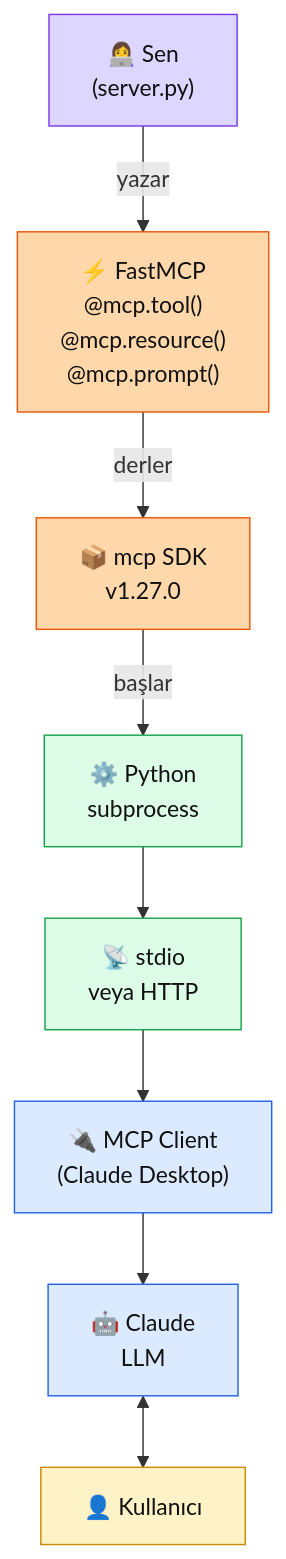
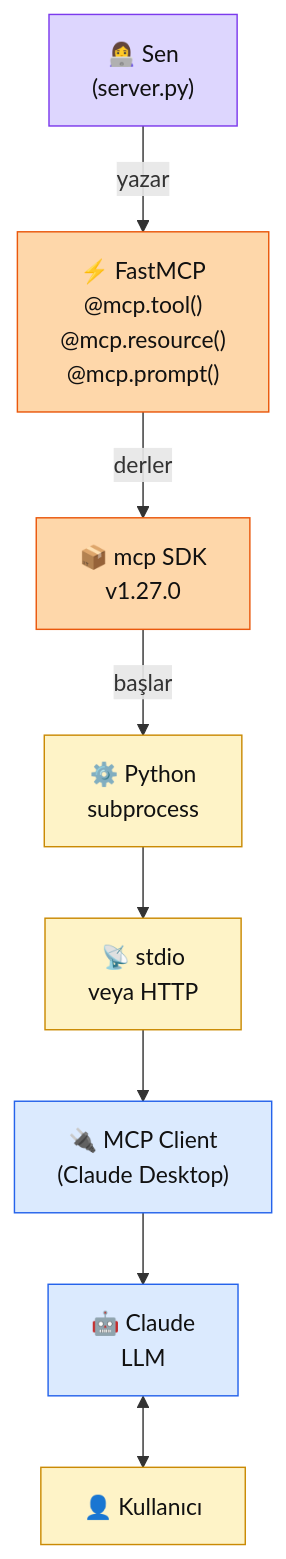
One commit to KemalG-u/muhendisal-platform changed the first of 2 diagrams in docs/bolum-6/04-mcp-server.md. Above: the diagram before and after it, drawn with Mermaid. The commit also changed other lines of this file and 20 other files, not shown here.

````diff
--- a/docs/bolum-6/04-mcp-server.md
+++ b/docs/bolum-6/04-mcp-server.md
@@ -38,30 +39,30 @@
 ```mermaid
 flowchart TB
   DEV["👩‍💻 Sen\n(server.py)"]
   FAST["⚡ FastMCP\n@mcp.tool()\n@mcp.resource()\n@mcp.prompt()"]
   SDK["📦 mcp SDK\nv1.27.0"]
   PROC["⚙️ Python\nsubprocess"]
   TRANS["📡 stdio\nveya HTTP"]
   CLIENT["🔌 MCP Client\n(Claude Desktop)"]
   CLAUDE["🤖 Claude\nLLM"]
   U["👤 Kullanıcı"]
 
   DEV -->|yazar| FAST
   FAST -->|derler| SDK
   SDK -->|başlar| PROC
   PROC --> TRANS
   TRANS --> CLIENT
   CLIENT --> CLAUDE
   CLAUDE <--> U
 
   classDef dev fill:#ddd6fe,stroke:#7c3aed,color:#111
   classDef lib fill:#fed7aa,stroke:#ea580c,color:#111
-  classDef proc fill:#dcfce7,stroke:#16a34a,color:#111
+  classDef proc fill:#fef3c7,stroke:#ca8a04,color:#111
   classDef client fill:#dbeafe,stroke:#2563eb,color:#111
   classDef user fill:#fef3c7,stroke:#ca8a04,color:#111
   class DEV dev
   class FAST,SDK lib
   class PROC,TRANS proc
   class CLIENT,CLAUDE client
   class U user
 ```
````
